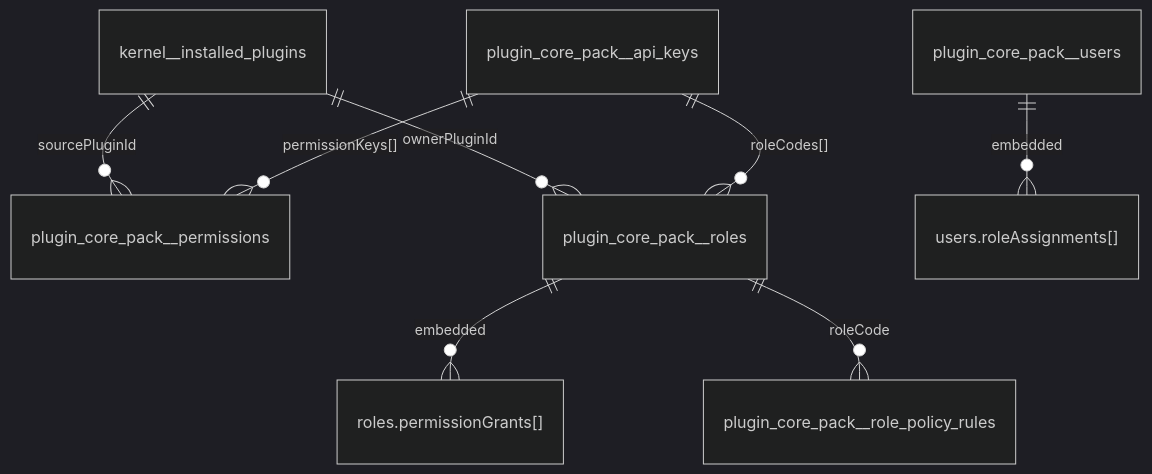
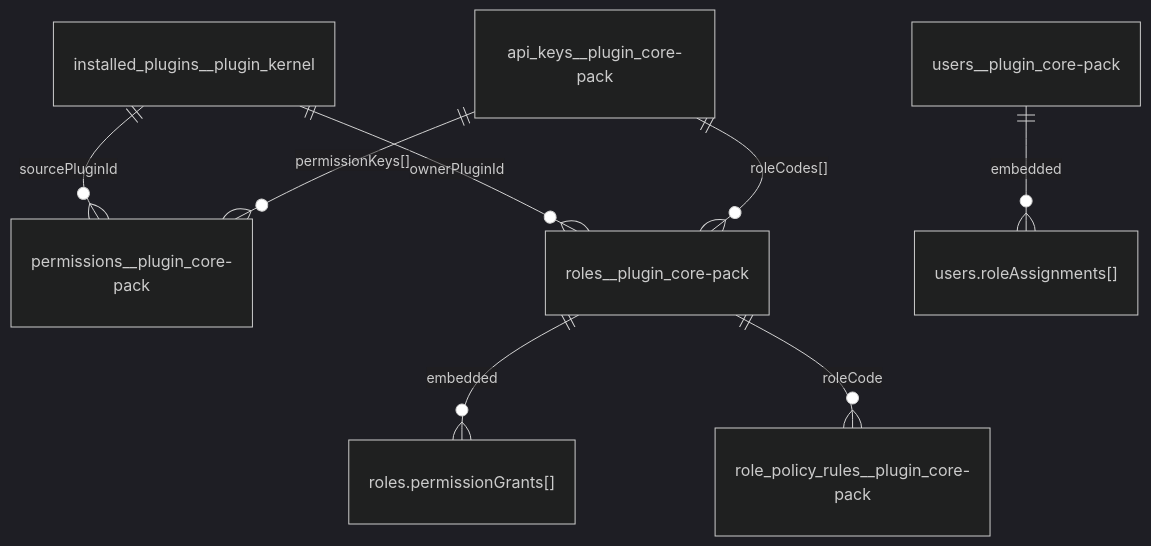
One commit to tascaenzo/trinacria-cms changed the diagram in docs/cms/en/0012-operational-mongo-schema.md. Above: the diagram before and after it, drawn with Mermaid (dark theme). The commit also changed other lines of this file and 36 other files, not shown here.

````diff
--- a/docs/cms/en/0012-operational-mongo-schema.md
+++ b/docs/cms/en/0012-operational-mongo-schema.md
@@ -38,10 +42,10 @@
 ```mermaid
 erDiagram
-  "kernel__installed_plugins" ||--o{ "plugin_core_pack__permissions" : "sourcePluginId"
-  "kernel__installed_plugins" ||--o{ "plugin_core_pack__roles" : "ownerPluginId"
-  "plugin_core_pack__users" ||--o{ "users.roleAssignments[]" : "embedded"
-  "plugin_core_pack__roles" ||--o{ "roles.permissionGrants[]" : "embedded"
-  "plugin_core_pack__roles" ||--o{ "plugin_core_pack__role_policy_rules" : "roleCode"
-  "plugin_core_pack__api_keys" ||--o{ "plugin_core_pack__roles" : "roleCodes[]"
-  "plugin_core_pack__api_keys" ||--o{ "plugin_core_pack__permissions" : "permissionKeys[]"
+  "installed_plugins__plugin_kernel" ||--o{ "permissions__plugin_core-pack" : "sourcePluginId"
+  "installed_plugins__plugin_kernel" ||--o{ "roles__plugin_core-pack" : "ownerPluginId"
+  "users__plugin_core-pack" ||--o{ "users.roleAssignments[]" : "embedded"
+  "roles__plugin_core-pack" ||--o{ "roles.permissionGrants[]" : "embedded"
+  "roles__plugin_core-pack" ||--o{ "role_policy_rules__plugin_core-pack" : "roleCode"
+  "api_keys__plugin_core-pack" ||--o{ "roles__plugin_core-pack" : "roleCodes[]"
+  "api_keys__plugin_core-pack" ||--o{ "permissions__plugin_core-pack" : "permissionKeys[]"
 ```
````
